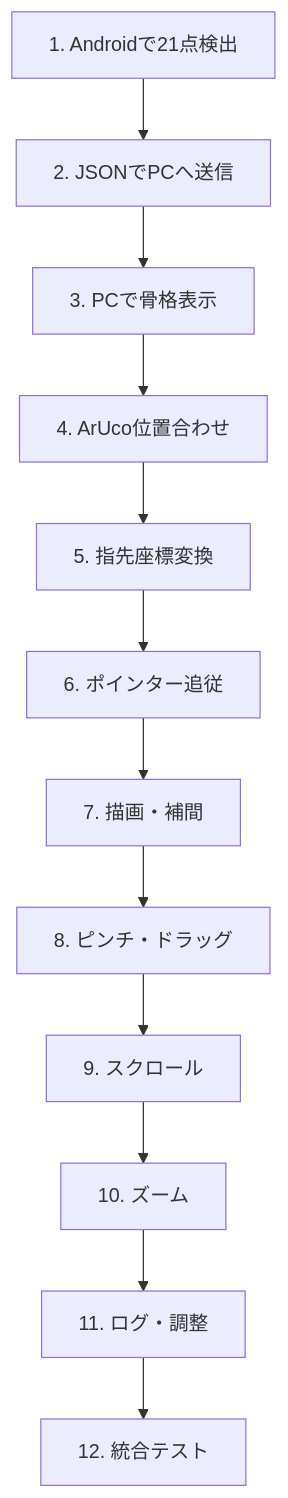
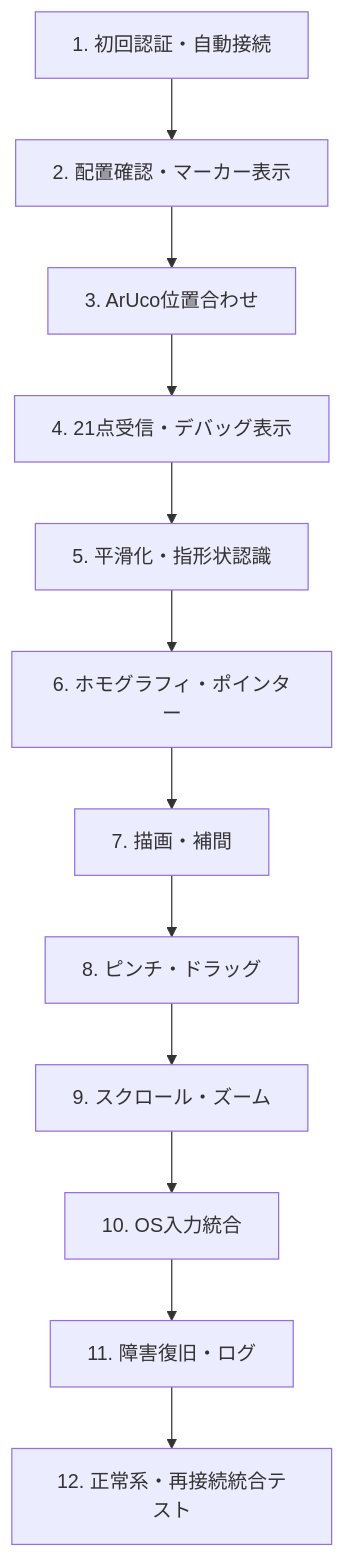
Before and after one commit to KIT-DevelopersHub/screact: diagram 36 of 38 in docs/system/system-requirements.md, drawn with Mermaid. The commit also changed other lines of this file and 11 other files, not shown here.

````diff
--- a/docs/system/system-requirements.md
+++ b/docs/system/system-requirements.md
@@ -1579,16 +1627,16 @@
 ```mermaid
 flowchart TB
-    Step1[1. Androidで21点検出]
-    Step2[2. JSONでPCへ送信]
-    Step3[3. PCで骨格表示]
-    Step4[4. ArUco位置合わせ]
-    Step5[5. 指先座標変換]
-    Step6[6. ポインター追従]
+    Step1[1. 初回認証・自動接続]
+    Step2[2. 配置確認・マーカー表示]
+    Step3[3. ArUco位置合わせ]
+    Step4[4. 21点受信・デバッグ表示]
+    Step5[5. 平滑化・指形状認識]
+    Step6[6. ホモグラフィ・ポインター]
     Step7[7. 描画・補間]
     Step8[8. ピンチ・ドラッグ]
-    Step9[9. スクロール]
-    Step10[10. ズーム]
-    Step11[11. ログ・調整]
-    Step12[12. 統合テスト]
+    Step9[9. スクロール・ズーム]
+    Step10[10. OS入力統合]
+    Step11[11. 障害復旧・ログ]
+    Step12[12. 正常系・再接続統合テスト]
     Step1 --> Step2 --> Step3 --> Step4 --> Step5 --> Step6 --> Step7 --> Step8 --> Step9 --> Step10 --> Step11 --> Step12
 ```
````
